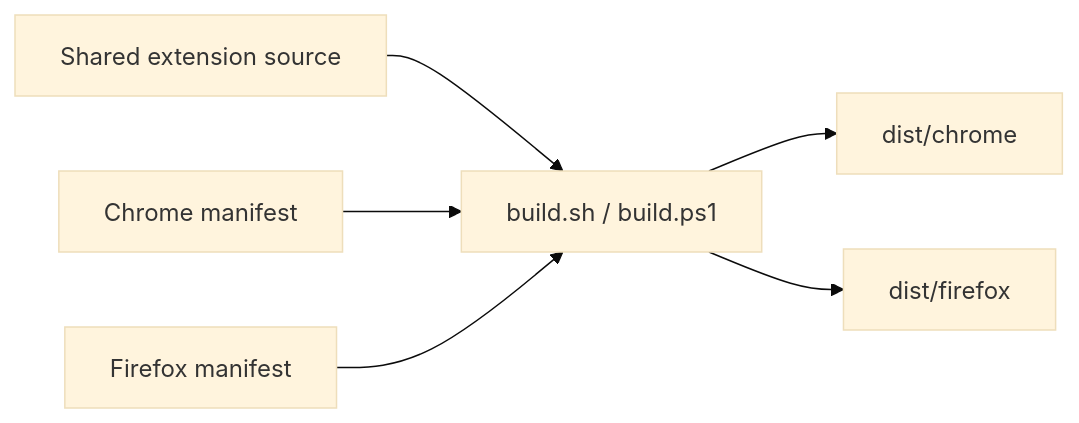
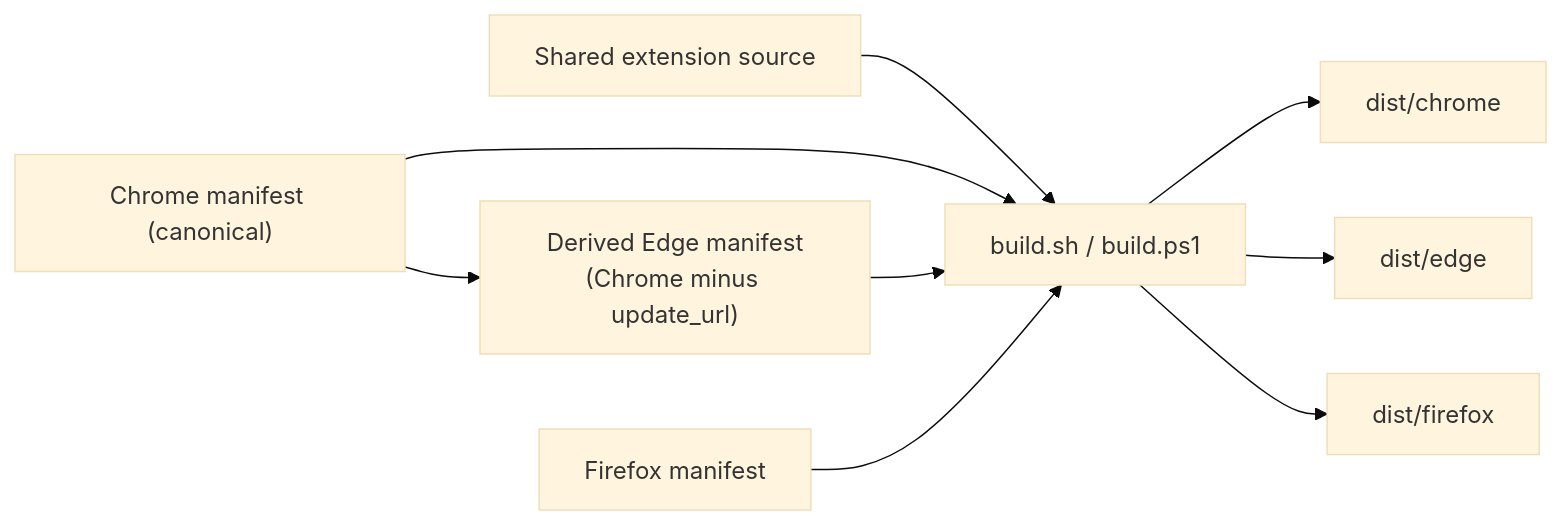
One commit to Shin-Aska/remapad changed the first of 2 diagrams in README.md. Above: the diagram before and after it, drawn with Mermaid (base theme). The commit also changed other lines of this file and 8 other files, not shown here.

Commit message:
feat: add Microsoft Edge support with automated build scripts and documentation

````diff
--- a/README.md
+++ b/README.md
@@ -144,15 +162,20 @@
 ```mermaid
 flowchart LR
     source["Shared extension source"]
-    chromeManifest["Chrome manifest"]
+    chromeManifest["Chrome manifest (canonical)"]
+    edgeManifest["Derived Edge manifest\n(Chrome minus update_url)"]
     firefoxManifest["Firefox manifest"]
     build["build.sh / build.ps1"]
     chrome["dist/chrome"]
+    edge["dist/edge"]
     firefox["dist/firefox"]
 
     source --> build
     chromeManifest --> build
+    chromeManifest --> edgeManifest
+    edgeManifest --> build
     firefoxManifest --> build
     build --> chrome
+    build --> edge
     build --> firefox
 ```
````
